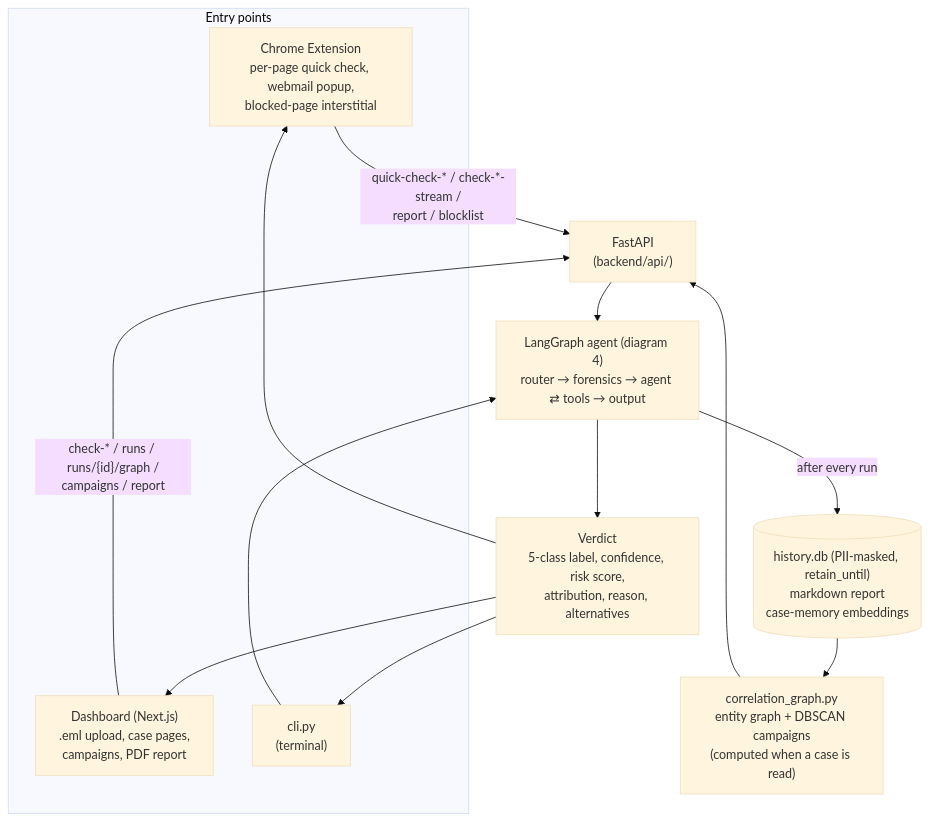
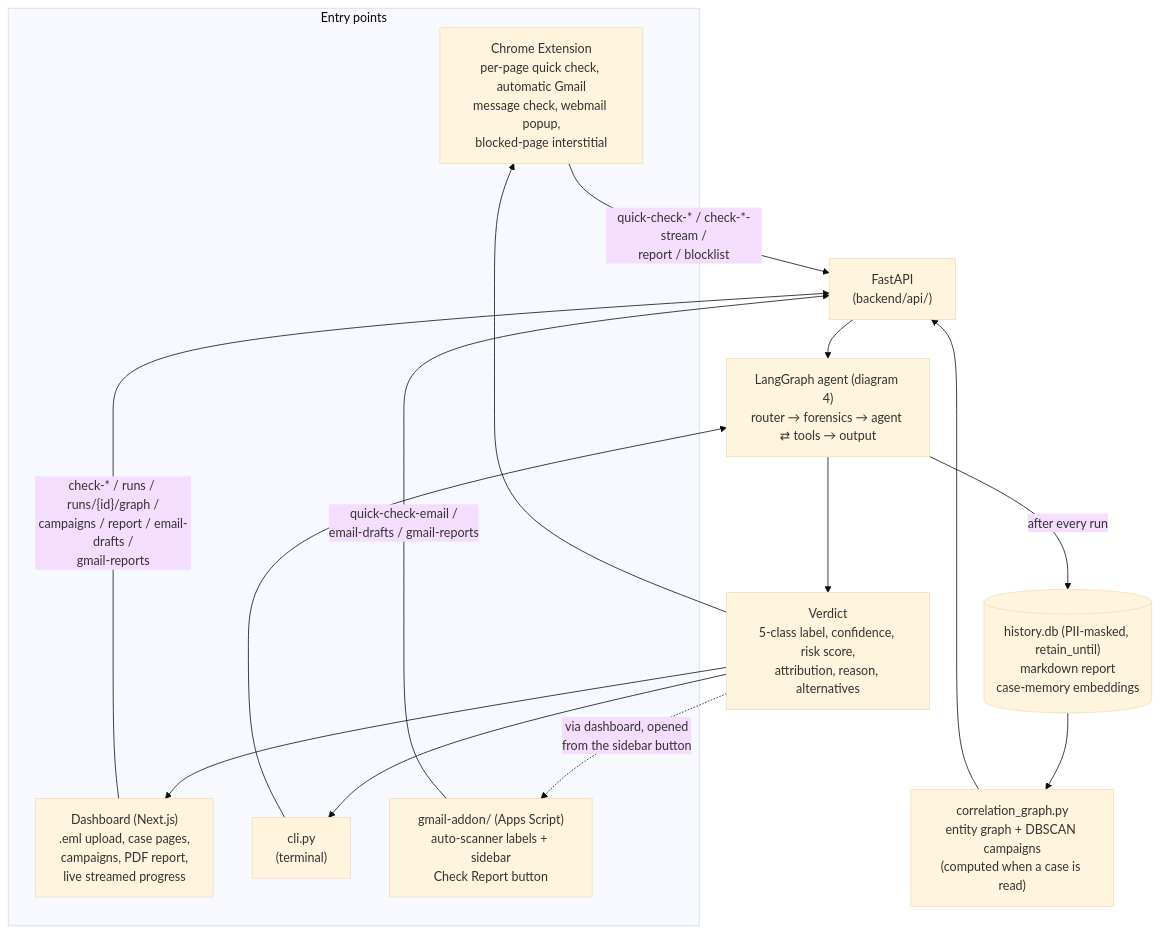
Before and after one commit to code-YK/Security-Copilot-Sih26: the first of 4 diagrams in README.md, drawn with Mermaid (base theme). The commit also changed other lines of this file, not shown here.

Commit message:
Update README architecture diagrams for Gmail integration and PDF sandbox
Reflects the Gmail Add-on/auto-scanner as an entry point, the extension's
automatic per-message Gmail check, Jev as a second text-classification
opinion, and the email-drafts handoff path into the full investigation.

````diff
--- a/README.md
+++ b/README.md
@@ -59,24 +59,27 @@
 ```mermaid
 flowchart TB
     subgraph Clients["Entry points"]
-        EXT["Chrome Extension<br/>per-page quick check, webmail popup,<br/>blocked-page interstitial"]
-        DASH["Dashboard (Next.js)<br/>.eml upload, case pages,<br/>campaigns, PDF report"]
+        EXT["Chrome Extension<br/>per-page quick check, automatic Gmail<br/>message check, webmail popup,<br/>blocked-page interstitial"]
+        DASH["Dashboard (Next.js)<br/>.eml upload, case pages,<br/>campaigns, PDF report,<br/>live streamed progress"]
         CLI["cli.py<br/>(terminal)"]
+        GMAIL["gmail-addon/ (Apps Script)<br/>auto-scanner labels + sidebar<br/>Check Report button"]
     end
 
     EXT -->|"quick-check-* / check-*-stream /<br/>report / blocklist"| API
-    DASH -->|"check-* / runs / runs/{id}/graph /<br/>campaigns / report"| API
+    DASH -->|"check-* / runs / runs/{id}/graph /<br/>campaigns / report / email-drafts /<br/>gmail-reports"| API
     CLI --> GRAPH
+    GMAIL -->|"quick-check-email /<br/>email-drafts / gmail-reports"| API
 
     API["FastAPI<br/>(backend/api/)"] --> GRAPH["LangGraph agent (diagram 4)<br/>router → forensics → agent ⇄ tools → output"]
 
     GRAPH --> VERDICT["Verdict<br/>5-class label, confidence, risk score,<br/>attribution, reason, alternatives"]
     GRAPH -->|"after every run"| STORE[("history.db (PII-masked, retain_until)<br/>markdown report<br/>case-memory embeddings")]
 
     STORE --> CORR["correlation_graph.py<br/>entity graph + DBSCAN campaigns<br/>(computed when a case is read)"]
     CORR --> API
 
     VERDICT --> EXT
     VERDICT --> DASH
     VERDICT --> CLI
+    VERDICT -.->|"via dashboard, opened<br/>from the sidebar button"| GMAIL
 ```
````
